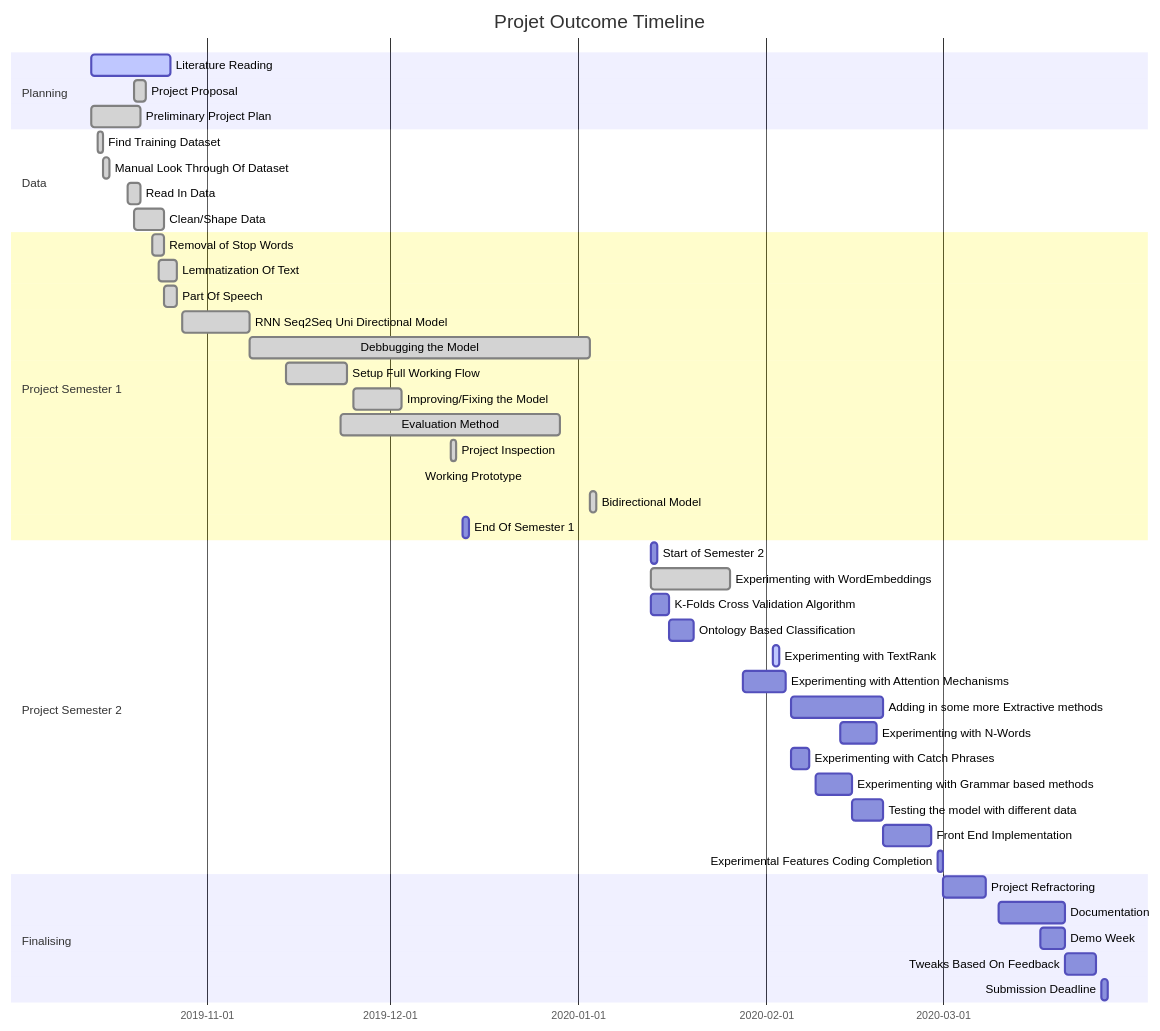
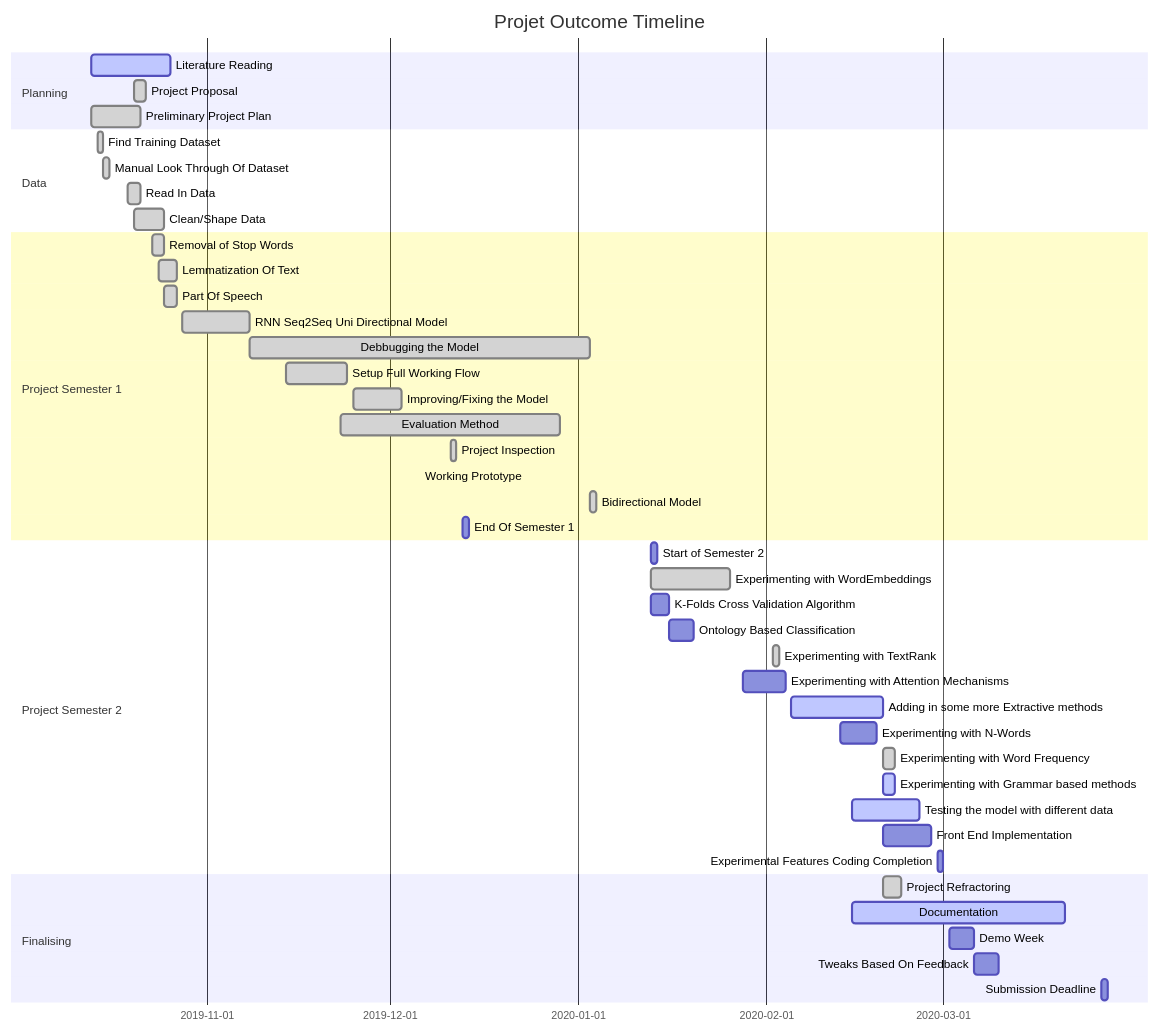
Before and after one commit to bmistry12/text-summarisation: the second of 2 diagrams in README.md, drawn with Mermaid. The commit also changed other lines of this file and 5 other files, not shown here.

Commit message:
moved extractive methods to extractive.py, fixed zero divide error in word_freq

````diff
--- a/README.md
+++ b/README.md
@@ -89,52 +93,52 @@
 ```mermaid
 gantt
 dateFormat  YYYY-MM-DD
 title Projet Outcome Timeline
 
 section Planning
 Literature Reading                      :active,  des1, 2019-10-13, 2019-10-26
 Project Proposal                        :done,    des1, 2019-10-20, 2019-10-22
 Preliminary Project Plan                :done,    des1, 2019-10-13, 2019-10-21
 
 section Data                  
 Find Training Dataset                   :done,    des1, 2019-10-14, 2019-10-15
 Manual Look Through Of Dataset          :done,    des1, 2019-10-15, 2019-10-16
 Read In Data                            :done,    des1, 2019-10-19, 2019-10-21
 Clean/Shape Data                        :done,    des1, 2019-10-20, 2019-10-25
 
 section Project Semester 1
 Removal of Stop Words                   :done,    des1, 2019-10-23, 2019-10-25
 Lemmatization Of Text                   :done,    des1, 2019-10-24, 2019-10-27
 Part Of Speech                          :done,    des1, 2019-10-25, 2019-10-27
 RNN Seq2Seq Uni Directional Model       :done,    des1, 2019-10-28, 2019-11-08
 Debbugging the Model                    :done,    des1, 2019-11-08, 2020-01-03
 Setup Full Working Flow                 :done,    des1, 2019-11-14, 2019-11-24
 Improving/Fixing the Model              :done,    des1, 2019-11-25, 2019-12-03
 Evaluation Method                       :done,    des1, 2019-11-23, 2019-12-29
 Project Inspection                      :done,    des1, 2019-12-11, 1d
 Working Prototype                       :done,    des1, 2019-12-13, 2019-12-06
 Bidirectional Model                     :done,    des1, 2020-01-03, 2020-01-04
 End Of Semester 1                       :         des1, 2019-12-13, 1d
 
 section Project Semester 2
 Start of Semester 2                     :         des1, 2020-01-13, 1d
 Experimenting with WordEmbeddings       :done,    des1, 2020-01-13, 2020-01-26
 K-Folds Cross Validation Algorithm      :         des1, 2020-01-13, 2020-01-16
 Ontology Based Classification           :         des1, 2020-01-16, 2020-01-20
-Experimenting with TextRank             :active,  des1, 2020-02-02, 2020-02-03
+Experimenting with TextRank             :done,  des1, 2020-02-02, 2020-02-03
 Experimenting with Attention Mechanisms :         des1, 2020-01-28, 2020-02-04
-Adding in some more Extractive methods  :         des1, 2020-02-05, 2020-02-20
+Adding in some more Extractive methods  :active,  des1, 2020-02-05, 2020-02-20
 Experimenting with N-Words              :         des1, 2020-02-13, 2020-02-19
-Experimenting with Catch Phrases        :         des1, 2020-02-05, 2020-02-08
-Experimenting with Grammar based methods:         des1, 2020-02-09, 2020-02-15
-Testing the model with different data   :         des1, 2020-02-15, 2020-02-20 
+Experimenting with Word Frequency        :done,         des1, 2020-02-20, 2020-02-22
+Experimenting with Grammar based methods:active,   des1, 2020-02-20, 2020-02-22
+Testing the model with different data   :active,  des1, 2020-02-15, 2020-02-26 
 Front End Implementation                :         des1, 2020-02-20, 2020-02-28
 Experimental Features Coding Completion :         des1, 2020-02-29, 1d
 
 Section Finalising
-Project Refractoring                    :         des1, 2020-03-01, 2020-03-08
-Documentation                           :         des1, 2020-03-10, 2020-03-21
-Demo Week                               :         des1, 2020-03-17, 2020-03-21
-Tweaks Based On Feedback                :         des1, 2020-03-21, 2020-03-26
+Project Refractoring                    :done,  des1, 2020-02-20, 2020-02-23
+Documentation                           :active,  des1, 2020-02-15, 2020-03-21
+Demo Week                               :         des1, 2020-03-02, 2020-03-06
+Tweaks Based On Feedback                :         des1, 2020-03-06, 2020-03-10
 Submission Deadline                     :         des1, 2020-03-27, 1d
 ```
````
